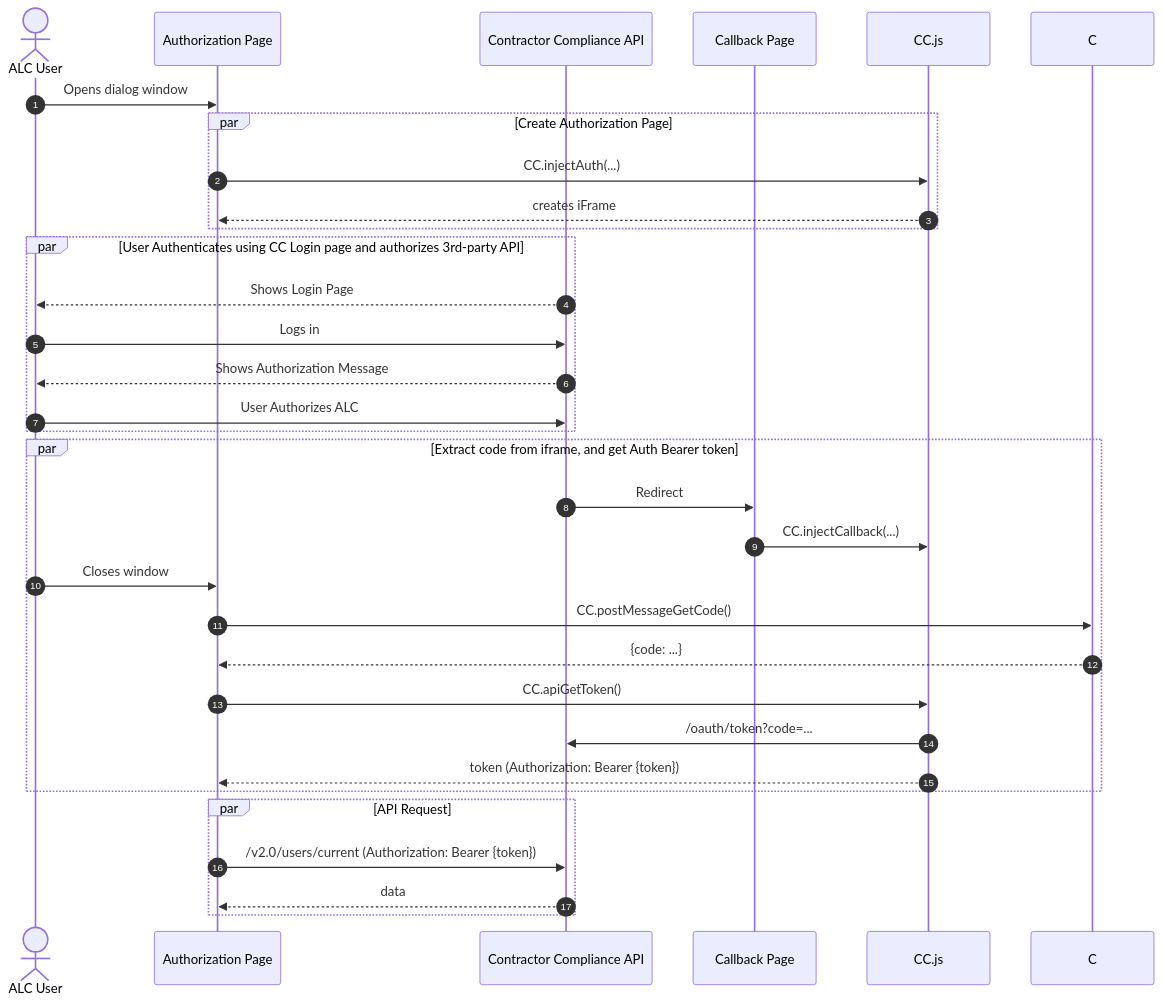
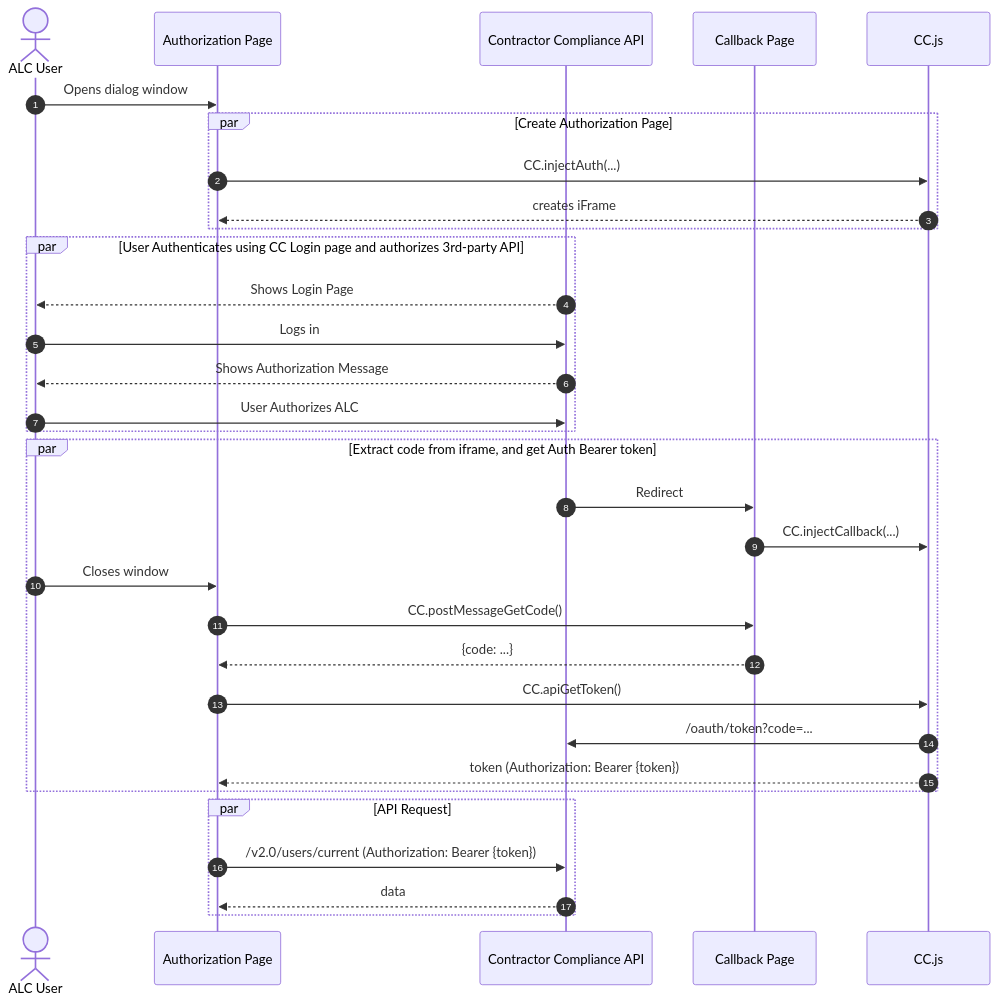
Before and after one commit to contractorcomplianceinc/ccinc-auth-web: the diagram in documentation/sequenceDiagram.mmd, drawn with Mermaid. The commit also changed 1 other file, not shown here.

```diff
--- a/documentation/sequenceDiagram.mmd
+++ b/documentation/sequenceDiagram.mmd
@@ -1,40 +1,40 @@
 sequenceDiagram
     autonumber
 
     actor User as ALC User
 
     participant A as Authorization Page
     participant API as Contractor Compliance API
     participant Callback as Callback Page
     participant js as CC.js
 
     User->>A: Opens dialog window
 
     par Create Authorization Page
         A->>js: CC.injectAuth(...)
         js-->>A: creates iFrame
     end
 
     par User Authenticates using CC Login page and authorizes 3rd-party API 
         API-->>User: Shows Login Page
         User->>API: Logs in
         API-->>User: Shows Authorization Message
         User->>API: User Authorizes ALC
     end
 
     par Extract code from iframe, and get Auth Bearer token
         API->>Callback: Redirect
         Callback->>js: CC.injectCallback(...)
 
         User->>A: Closes window
-        A->>C: CC.postMessageGetCode()
-        C-->>A: {code: ...}
+        A->>Callback: CC.postMessageGetCode()
+        Callback-->>A: {code: ...}
         A->>js: CC.apiGetToken()
         js->>API: /oauth/token?code=...
         js-->>A: token (Authorization: Bearer {token})
     end
 
     par API Request
         A->>API: /v2.0/users/current (Authorization: Bearer {token})
         API-->>A: data
     end
```
